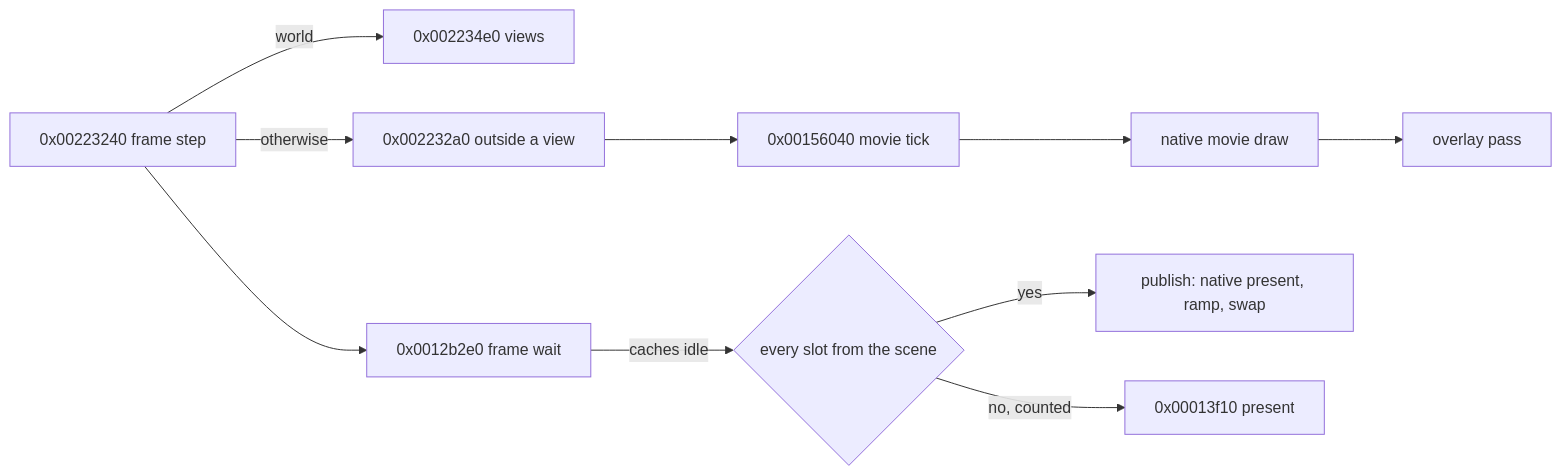
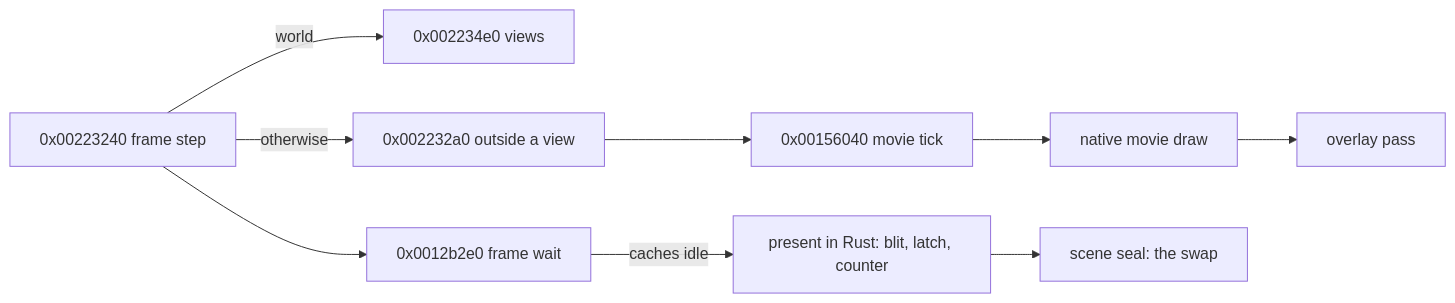
The first of 2 diagrams in docs/graphics/retire-d3d-display.md (0xdeafcafe/h2r), drawn with Mermaid before and after one commit. The commit also changed other lines of this file and 5 other files, not shown here.

Commit message:
Frame step: the present 0x00013f10 made in Rust (blit, display latch, present counter, EAX); the swap is the scene's seal, so no frame enters the guest present and its Swap; the frame loops' presents answered the same way

````diff
--- a/docs/graphics/retire-d3d-display.md
+++ b/docs/graphics/retire-d3d-display.md
@@ -9,12 +9,11 @@
 ```mermaid
 flowchart LR
   F[0x00223240 frame step] -->|world| V[0x002234e0 views]
   F -->|otherwise| O[0x002232a0 outside a view]
   O --> M[0x00156040 movie tick]
   M --> D[native movie draw]
   D --> OV[overlay pass]
   F --> W[0x0012b2e0 frame wait]
-  W -->|caches idle| PB{every slot from the scene}
-  PB -->|yes| N[publish: native present, ramp, swap]
-  PB -->|no, counted| P[0x00013f10 present]
+  W -->|caches idle| P[present in Rust: blit, latch, counter]
+  P --> S[scene seal: the swap]
 ```
````
